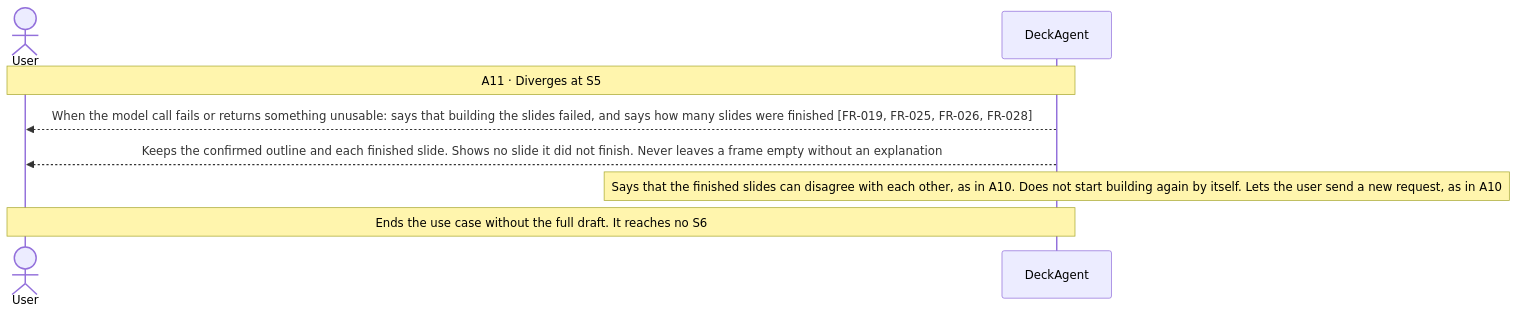
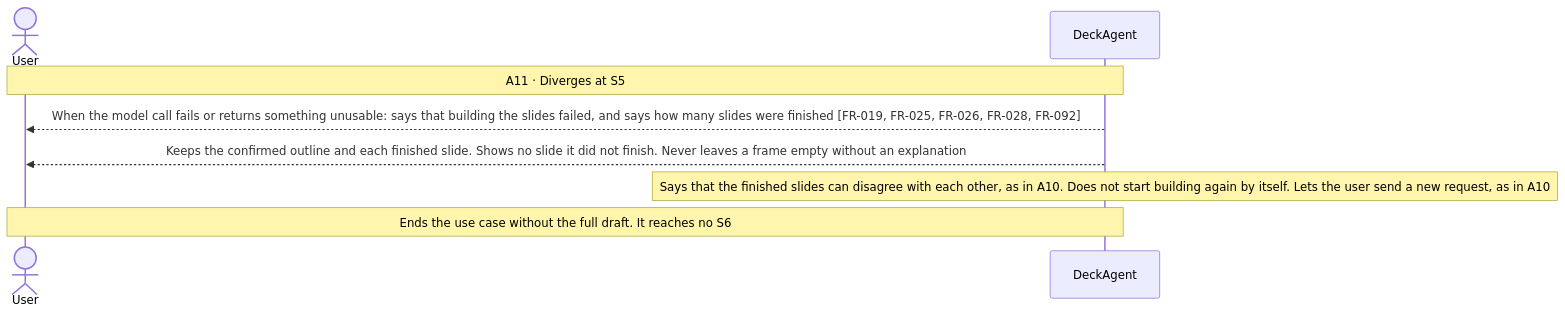
One commit to Luke23127006/DeckAgent changed the fifth of 23 diagrams in docs/spec/03-use-cases/UC-001.md. Above: the diagram before and after it, drawn with Mermaid. The commit also changed other lines of this file and 7 other files, not shown here.

````diff
--- a/docs/spec/03-use-cases/UC-001.md
+++ b/docs/spec/03-use-cases/UC-001.md
@@ -130,10 +130,10 @@
 ```mermaid
 sequenceDiagram
     actor User
     participant DeckAgent
     Note over User,DeckAgent: A11 · Diverges at S5
-    DeckAgent-->>User: When the model call fails or returns something unusable: says that building the slides failed, and says how many slides were finished [FR-019, FR-025, FR-026, FR-028]
+    DeckAgent-->>User: When the model call fails or returns something unusable: says that building the slides failed, and says how many slides were finished [FR-019, FR-025, FR-026, FR-028, FR-092]
     DeckAgent-->>User: Keeps the confirmed outline and each finished slide. Shows no slide it did not finish. Never leaves a frame empty without an explanation
     note over DeckAgent: Says that the finished slides can disagree with each other, as in A10. Does not start building again by itself. Lets the user send a new request, as in A10
     Note over User,DeckAgent: Ends the use case without the full draft. It reaches no S6
 ```
````
